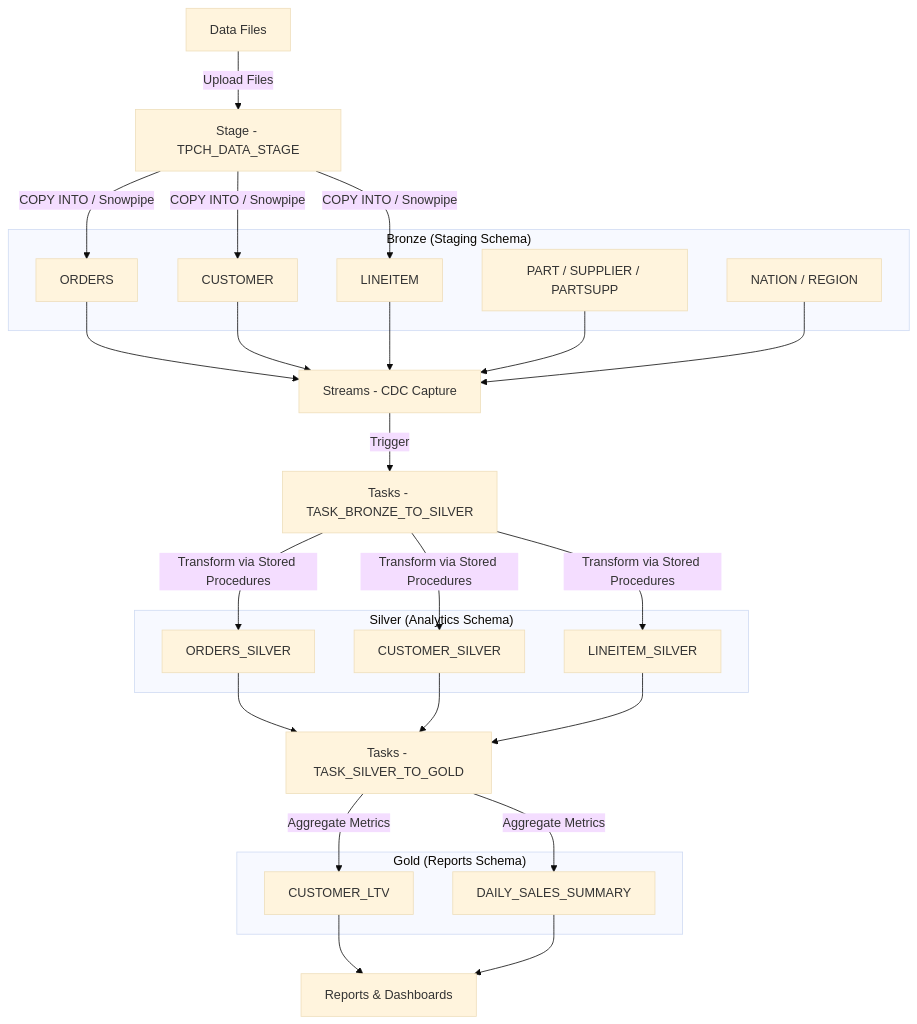
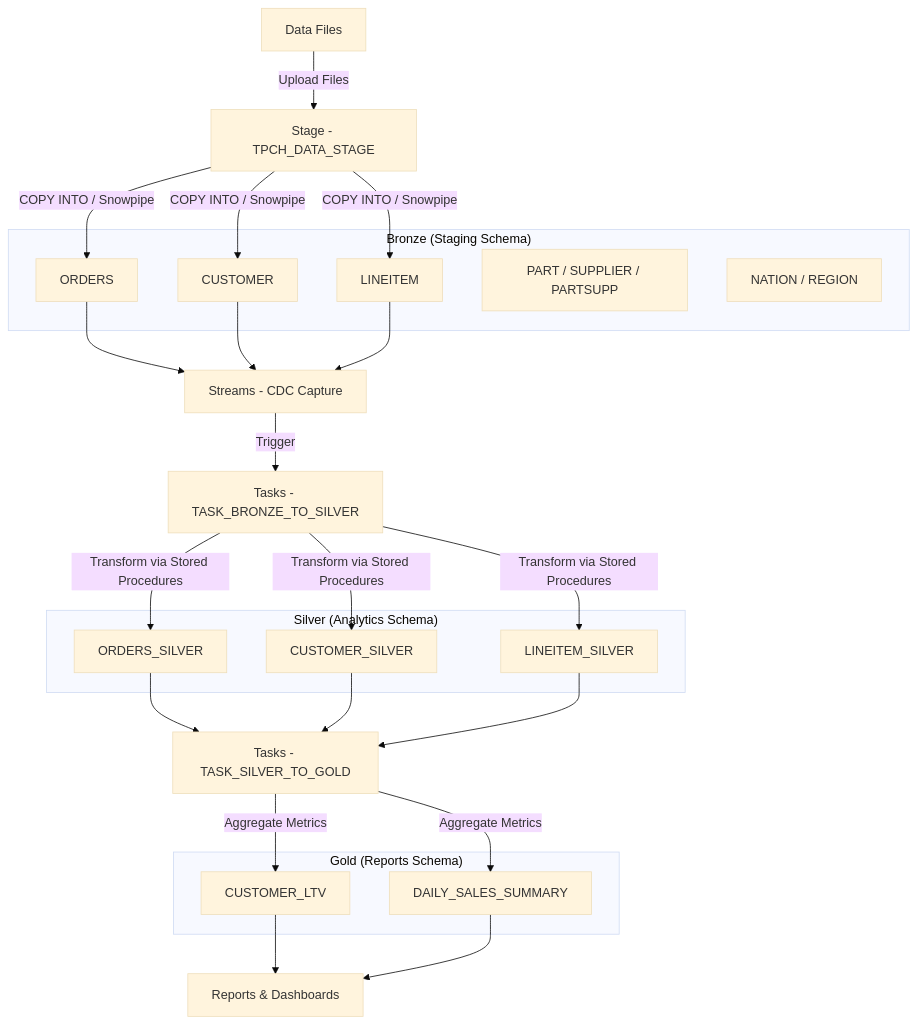
The diagram in README.md (thuuyen109/snowflake-tpch-analytics), drawn with Mermaid (base theme) before and after one commit.

Commit message:
update mermaid

````diff
--- a/README.md
+++ b/README.md
@@ -34,59 +34,57 @@
 ```mermaid
 flowchart TD
     A["Data Files"]
     B["Stage - TPCH_DATA_STAGE"]
 
     subgraph BRONZE["Bronze (Staging Schema)"]
         B1["ORDERS"]
         B2["CUSTOMER"]
         B3["LINEITEM"]
         B4["PART / SUPPLIER / PARTSUPP"]
         B5["NATION / REGION"]
     end
 
     C["Streams - CDC Capture"]
     D["Tasks - TASK_BRONZE_TO_SILVER"]
 
     subgraph SILVER["Silver (Analytics Schema)"]
         S1["ORDERS_SILVER"]
         S2["CUSTOMER_SILVER"]
         S3["LINEITEM_SILVER"]
     end
 
     E["Tasks - TASK_SILVER_TO_GOLD"]
 
     subgraph GOLD["Gold (Reports Schema)"]
         G1["CUSTOMER_LTV"]
         G2["DAILY_SALES_SUMMARY"]
     end
 
     F["Reports & Dashboards"]
 
     A -->|Upload Files| B
     B -->|COPY INTO / Snowpipe| B1
     B -->|COPY INTO / Snowpipe| B2
     B -->|COPY INTO / Snowpipe| B3
 
     B1 --> C
     B2 --> C
     B3 --> C
-    B4 --> C
-    B5 --> C
 
     C -->|Trigger| D
     D -->|Transform via Stored Procedures| S1
     D -->|Transform via Stored Procedures| S2
     D -->|Transform via Stored Procedures| S3
 
     S1 --> E
     S2 --> E
     S3 --> E
 
     E -->|Aggregate Metrics| G1
     E -->|Aggregate Metrics| G2
 
     G1 --> F
     G2 --> F
 
 
 ```
````
